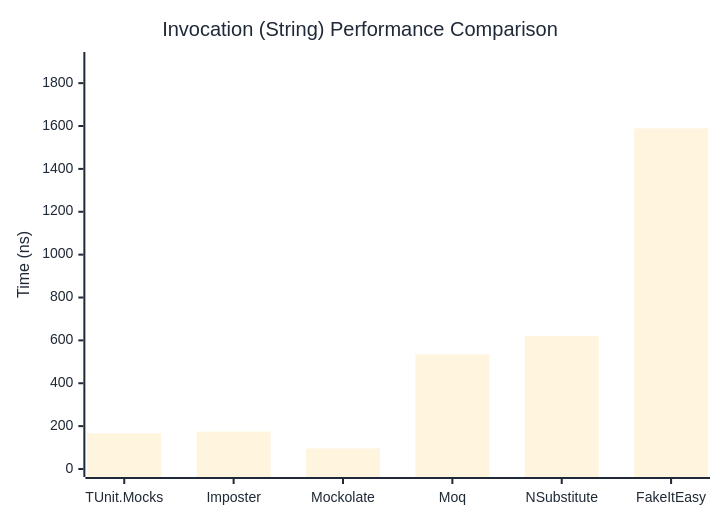
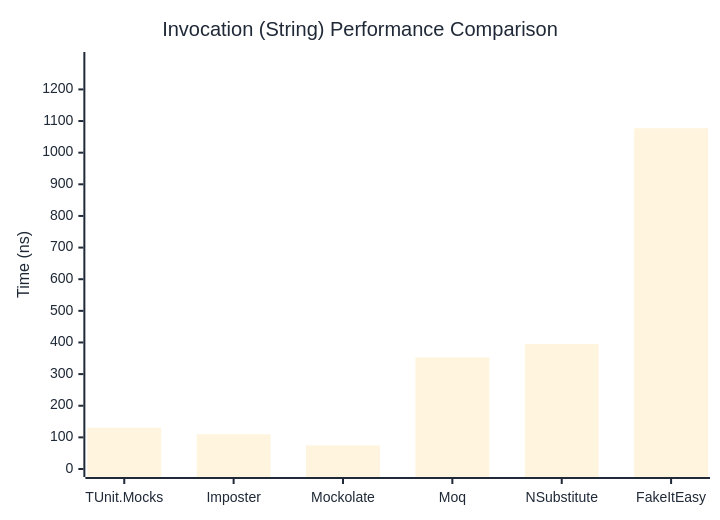
The second of 3 diagrams in docs/docs/benchmarks/mocks/Invocation.md (thomhurst/TUnit), drawn with Mermaid before and after one commit. The commit also changed other lines of this file and 14 other files, not shown here.

````diff
--- a/docs/docs/benchmarks/mocks/Invocation.md
+++ b/docs/docs/benchmarks/mocks/Invocation.md
@@ -71,27 +71,27 @@
 ```mermaid
 %%{init: {
   'theme':'base',
   'themeVariables': {
     'primaryColor': '#2563eb',
     'primaryTextColor': '#1f2937',
     'primaryBorderColor': '#1e40af',
     'lineColor': '#6b7280',
     'secondaryColor': '#7c3aed',
     'tertiaryColor': '#dc2626',
     'background': '#ffffff',
     'pie1': '#2563eb',
     'pie2': '#7c3aed',
     'pie3': '#dc2626',
     'pie4': '#f59e0b',
     'pie5': '#10b981',
     'pie6': '#06b6d4',
     'pie7': '#ec4899',
     'pie8': '#6366f1'
   }
 }}%%
 xychart-beta
   title "Invocation (String) Performance Comparison"
   x-axis ["TUnit.Mocks", "Imposter", "Mockolate", "Moq", "NSubstitute", "FakeItEasy"]
-  y-axis "Time (ns)" 0 --> 1908
-  bar [166.44, 174.4, 95.88, 534.98, 621.58, 1589.36]
+  y-axis "Time (ns)" 0 --> 1293
+  bar [130.42, 109.74, 74.4, 352.69, 395.49, 1077.43]
 ```
````
